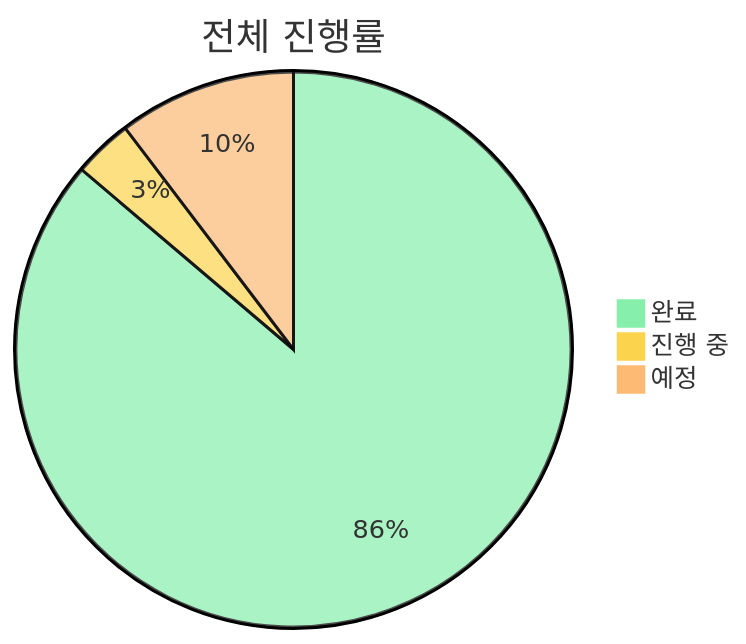
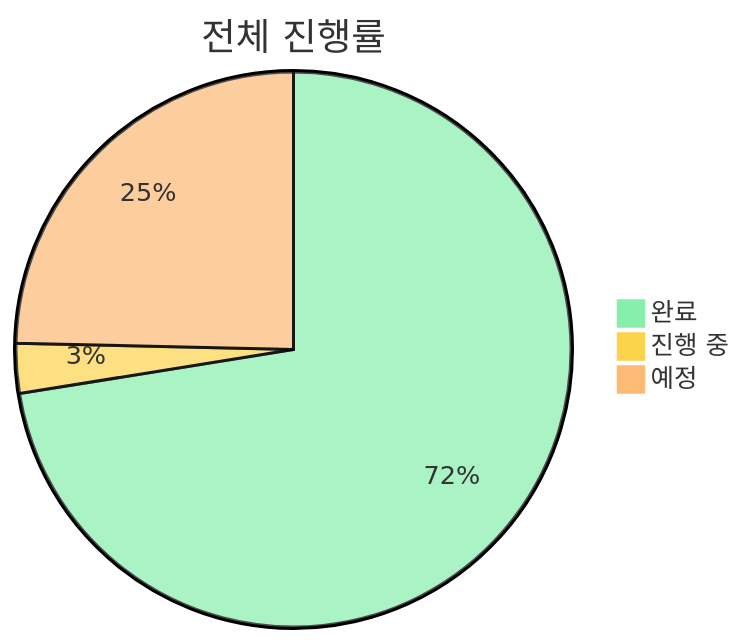
The first of 4 diagrams in TODO.md (baehandoridori/BAEFRAME), drawn with Mermaid before and after one commit. The commit also changed other lines of this file and 1 other file, not shown here.

````diff
--- a/TODO.md
+++ b/TODO.md
@@ -15,7 +15,7 @@
 ```mermaid
 %%{init: {'theme': 'base', 'themeVariables': { 'pie1': '#86efac', 'pie2': '#fcd34d', 'pie3': '#fdba74'}}}%%
 pie title 전체 진행률
     "완료" : 50
     "진행 중" : 2
-    "예정" : 6
+    "예정" : 17
 ```
````
